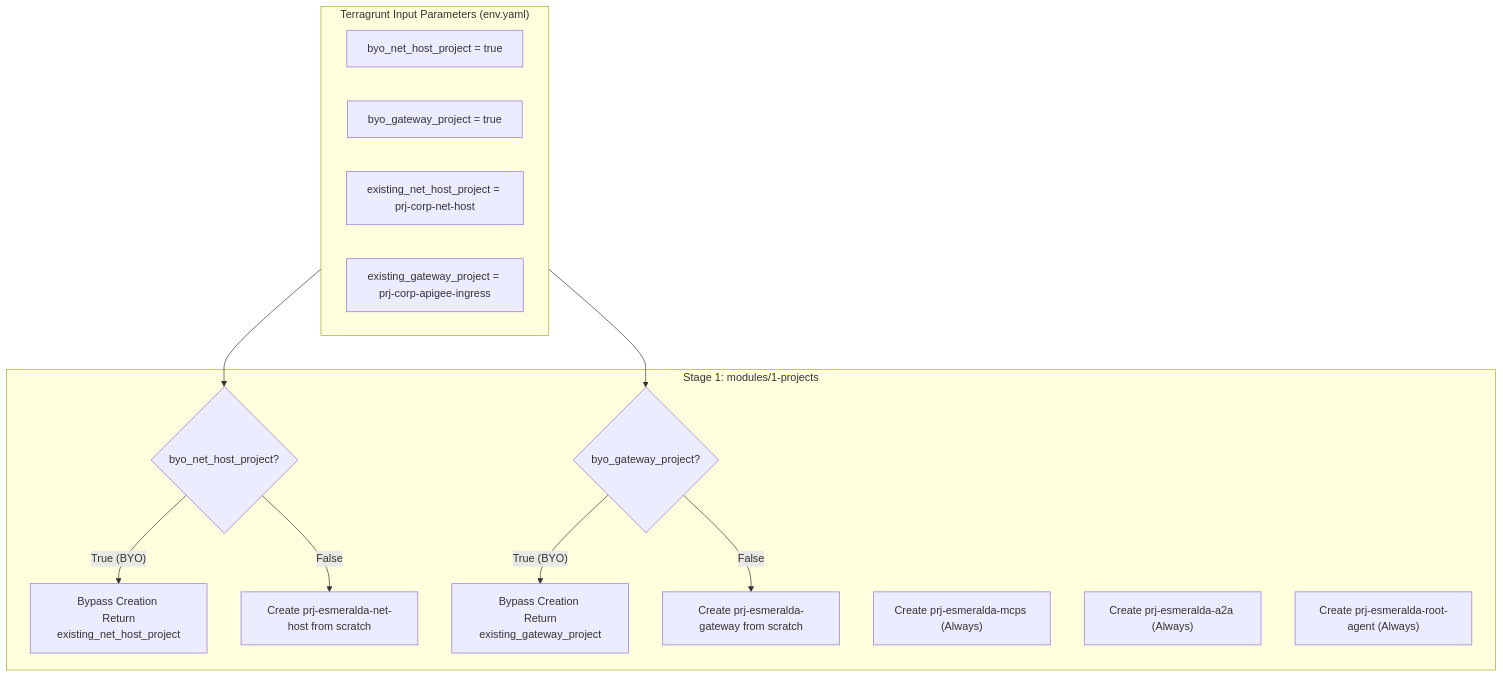
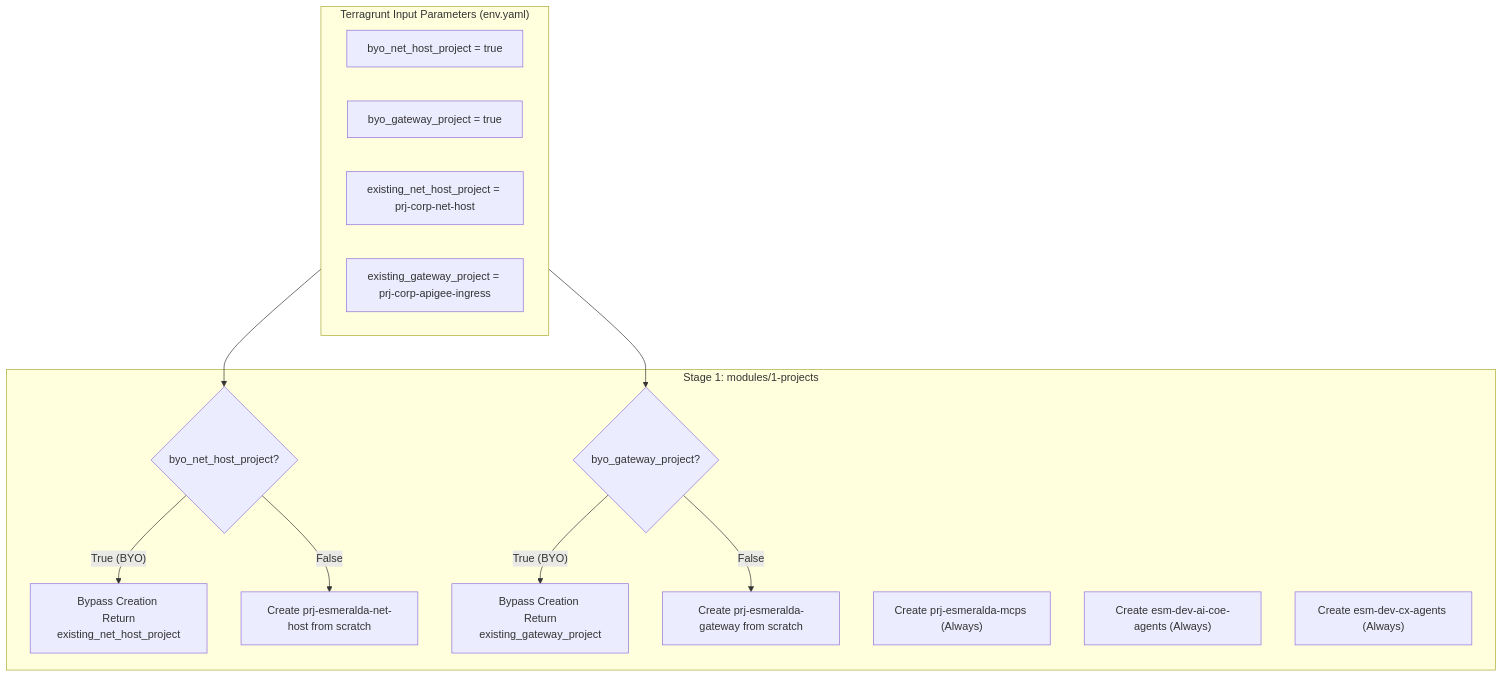
Before and after one commit to google/esmeralda: the first of 2 diagrams in docs/1-platform-foundations/01-projects-and-finops.md, drawn with Mermaid. The commit also changed other lines of this file and 184 other files, not shown here.

First line of the commit message:
refactor: name agents and agent projects after their owning team

````diff
--- a/docs/1-platform-foundations/01-projects-and-finops.md
+++ b/docs/1-platform-foundations/01-projects-and-finops.md
@@ -51,27 +51,27 @@
 ```mermaid
 flowchart TD
     subgraph Inputs["Terragrunt Input Parameters (env.yaml)"]
         BYO_Net["byo_net_host_project = true"]
         BYO_Gwy["byo_gateway_project = true"]
         Exist_Net["existing_net_host_project = prj-corp-net-host"]
         Exist_Gwy["existing_gateway_project = prj-corp-apigee-ingress"]
     end
 
     subgraph Stage1["Stage 1: modules/1-projects"]
         Check_Net{byo_net_host_project?}
         Check_Gwy{byo_gateway_project?}
         
         Check_Net -- "True (BYO)" --> Skip_Net["Bypass Creation <br/> Return existing_net_host_project"]
         Check_Net -- "False" --> Create_Net["Create prj-esmeralda-net-host from scratch"]
         
         Check_Gwy -- "True (BYO)" --> Skip_Gwy["Bypass Creation <br/> Return existing_gateway_project"]
         Check_Gwy -- "False" --> Create_Gwy["Create prj-esmeralda-gateway from scratch"]
         
         Create_MCPS["Create prj-esmeralda-mcps (Always)"]
-        Create_A2A["Create prj-esmeralda-a2a (Always)"]
-        Create_Root["Create prj-esmeralda-root-agent (Always)"]
+        Create_A2A["Create esm-dev-ai-coe-agents (Always)"]
+        Create_Root["Create esm-dev-cx-agents (Always)"]
     end
 
     Inputs --> Check_Net
     Inputs --> Check_Gwy
 ```
````
